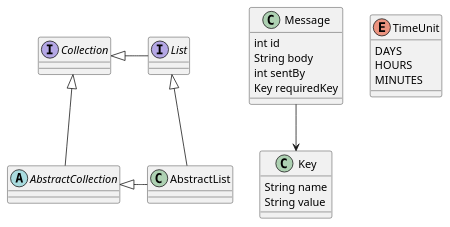
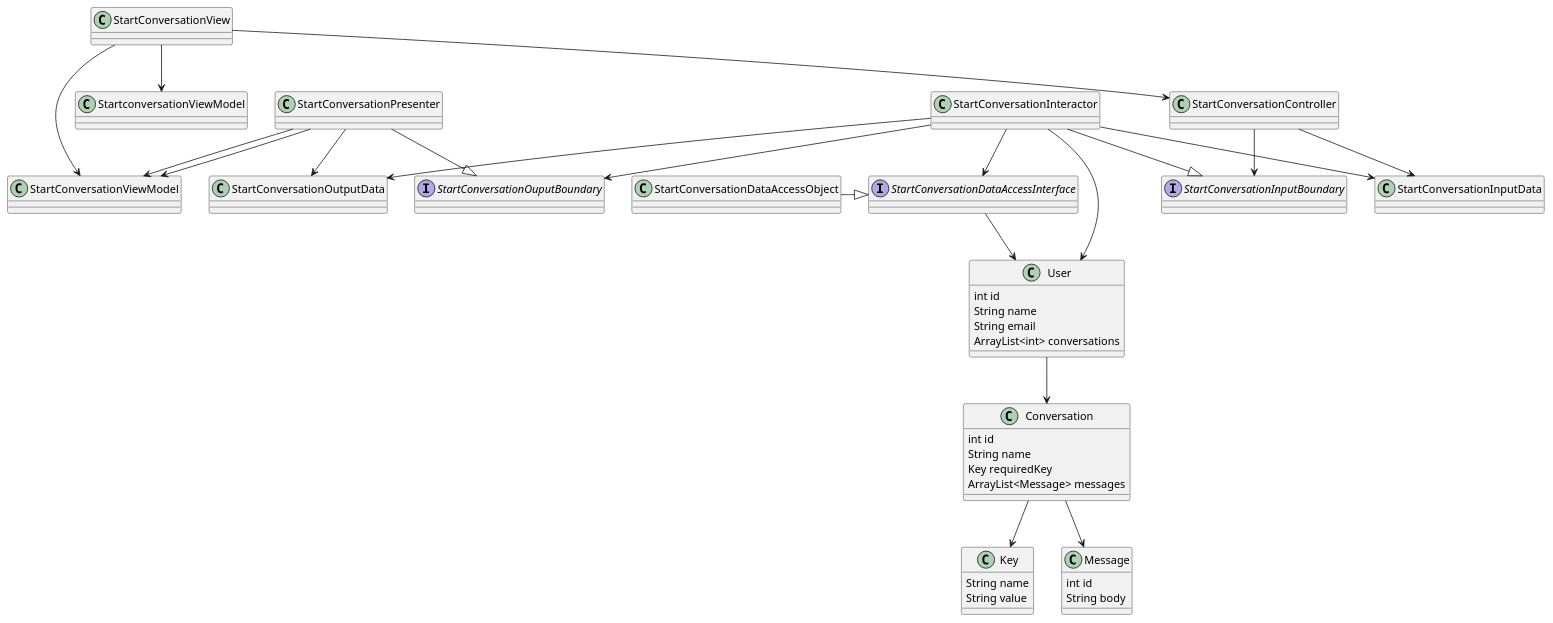
One commit to ngksyh/CSC207Project changed the diagram in references/ReadDocumentUseCase.puml. Above: the diagram before and after it, drawn with PlantUML. The commit also changed 2 other files, not shown here.

Commit message:
added uml diagrams for SCUseCase

```diff
--- a/references/ReadDocumentUseCase.puml
+++ b/references/ReadDocumentUseCase.puml
@@ -1,36 +1,80 @@
 @startuml
 'https://plantuml.com/class-diagram
 
-class Message
-class Key
+class User
+class Conversation
 
-abstract AbstractCollection
-interface List
-interface Collection
+class StartConversationDataAccessObject
 
-List <|-- AbstractList
-Collection <|-- AbstractCollection
 
-Collection <|- List
-AbstractCollection <|- AbstractList
-Message --> Key
+interface StartConversationDataAccessInterface
+interface StartConversationInputBoundary
+interface StartConversationOuputBoundary
+class StartConversationOutputData
+class StartConversationInputData
+class StartConversationInteractor
 
-class Message {
+class StartConversationController
+class StartConversationPresenter
+class StartConversationViewModel
+class StartConversationView
+
+
+
+StartConversationInteractor -|> StartConversationInputBoundary
+StartConversationPresenter -|> StartConversationOuputBoundary
+StartConversationDataAccessObject -|> StartConversationDataAccessInterface
+
+StartConversationInteractor --> StartConversationOuputBoundary
+StartConversationInteractor --> StartConversationInputData
+StartConversationInteractor --> StartConversationOutputData
+StartConversationInteractor --> StartConversationDataAccessInterface
+
+StartConversationController --> StartConversationInputData
+StartConversationController --> StartConversationInputBoundary
+StartConversationPresenter --> StartConversationOutputData
+StartConversationPresenter --> StartConversationViewModel
+
+StartConversationView --> StartConversationViewModel
+StartConversationView --> StartConversationController
+
+StartConversationView --> StartconversationViewModel
+StartConversationPresenter --> StartConversationViewModel
+
+StartConversationInteractor --> User
+StartConversationDataAccessInterface --> User
+
+User --> Conversation
+
+Conversation --> Key
+Conversation --> Message
+
+
+
+class User {
 int id
-String body
-int sentBy
+String name
+String email
+ArrayList<int> conversations
+}
+
+class Conversation{
+int id
+String name
 Key requiredKey
+ArrayList<Message> messages
 }
 
 class Key{
 String name
 String value
 }
 
-enum TimeUnit {
-DAYS
-HOURS
-MINUTES
+class Message{
+int id
+String body
 }
 
+
+
 @enduml
```
